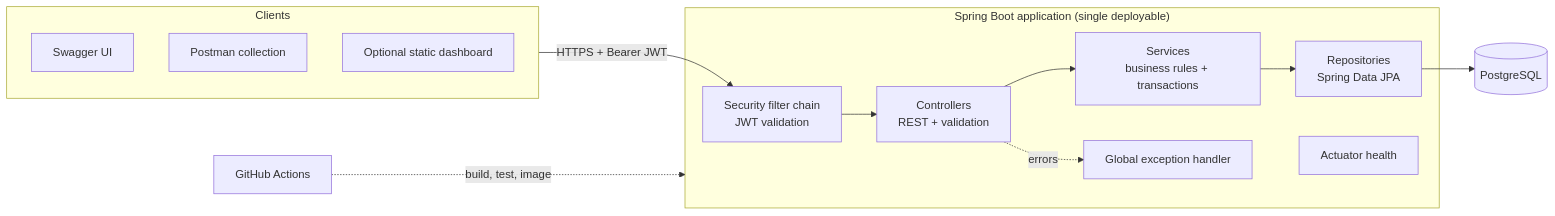
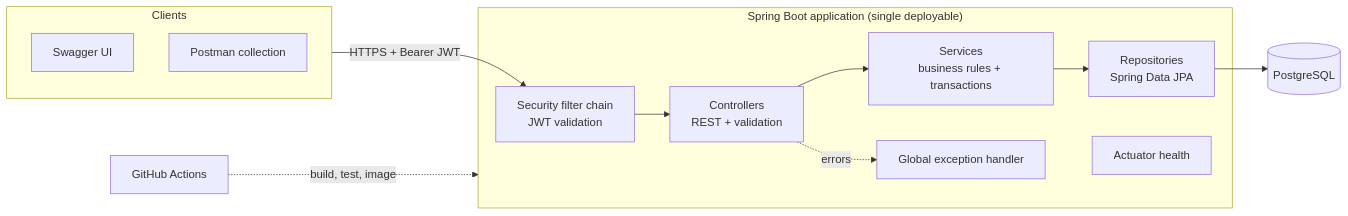
Before and after one commit to SUBASHRI-S/banking-system-spring-boot: the first of 3 diagrams in docs/DESIGN.md, drawn with Mermaid. The commit also changed other lines of this file and 39 other files, not shown here.

````diff
--- a/docs/DESIGN.md
+++ b/docs/DESIGN.md
@@ -92,19 +63,18 @@
 ```mermaid
 flowchart LR
   subgraph Clients
     SW[Swagger UI]
     PM[Postman collection]
-    UI[Optional static dashboard]
   end
   subgraph App["Spring Boot application (single deployable)"]
     F[Security filter chain<br/>JWT validation] --> C[Controllers<br/>REST + validation]
     C --> S[Services<br/>business rules + transactions]
     S --> R[Repositories<br/>Spring Data JPA]
     C -.errors.-> EH[Global exception handler]
     A[Actuator health]
   end
   DB[(PostgreSQL)]
   Clients -->|HTTPS + Bearer JWT| F
   R --> DB
   CI[GitHub Actions] -.build, test, image.-> App
 ```
````
